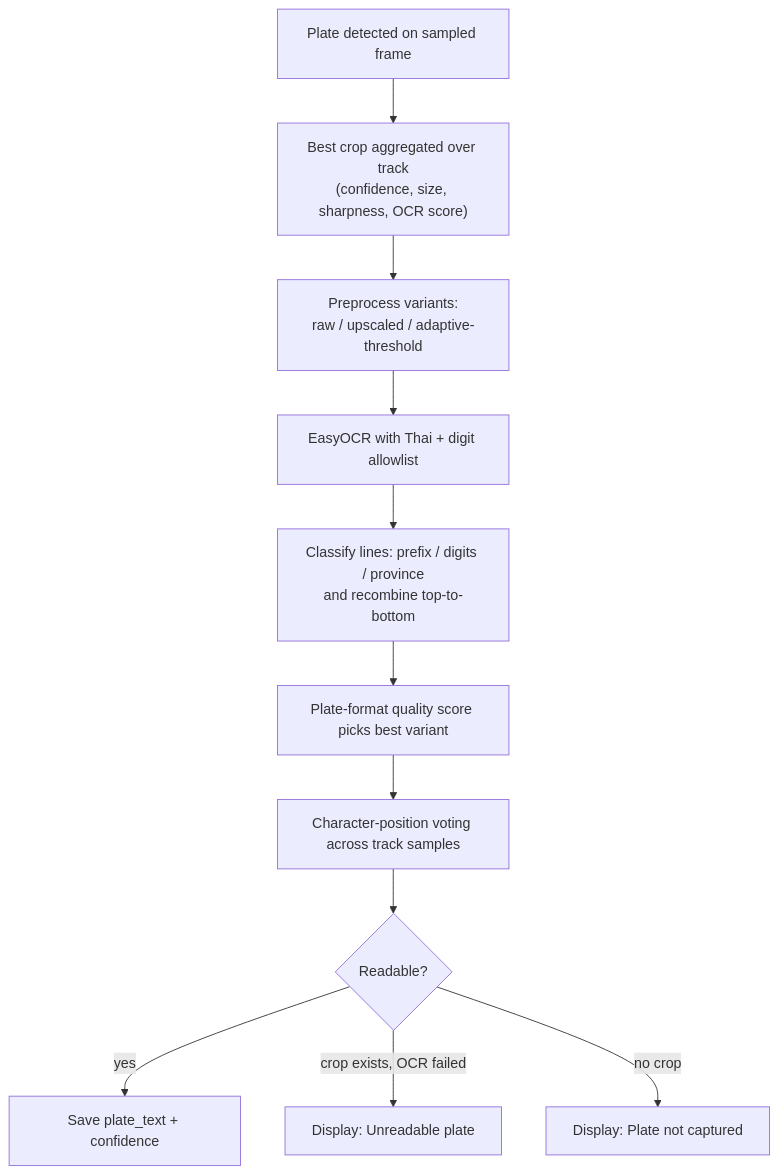
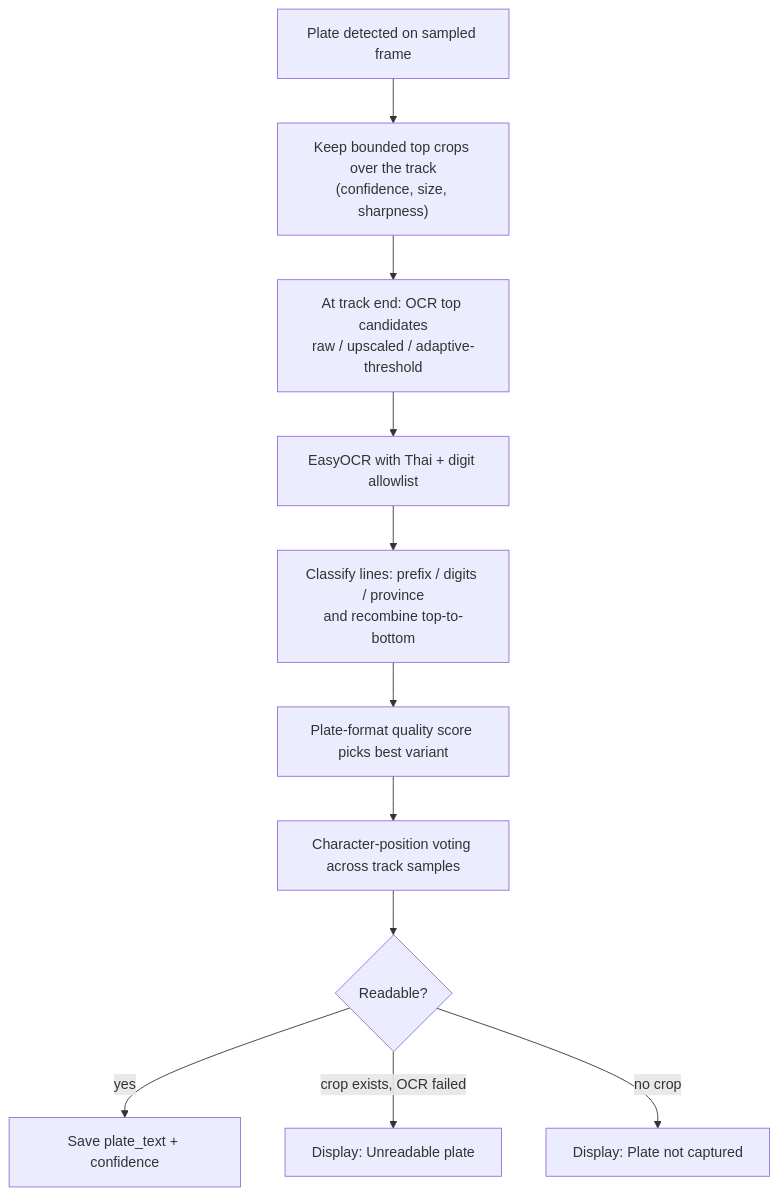
One commit to KhantNyi/SafeRide changed the ninth of 13 diagrams in docs/system-design.md. Above: the diagram before and after it, drawn with Mermaid. The commit also changed other lines of this file and 8 other files, not shown here.

Commit message:
Improve whole-track plate capture

````diff
--- a/docs/system-design.md
+++ b/docs/system-design.md
@@ -455,13 +456,13 @@
 ```mermaid
 flowchart TB
-    A["Plate detected on sampled frame"] --> B["Best crop aggregated over track<br/>(confidence, size, sharpness, OCR score)"]
-    B --> C["Preprocess variants:<br/>raw / upscaled / adaptive-threshold"]
+    A["Plate detected on sampled frame"] --> B["Keep bounded top crops over the track<br/>(confidence, size, sharpness)"]
+    B --> C["At track end: OCR top candidates<br/>raw / upscaled / adaptive-threshold"]
     C --> D["EasyOCR with Thai + digit allowlist"]
     D --> E["Classify lines: prefix / digits / province<br/>and recombine top-to-bottom"]
     E --> F["Plate-format quality score picks best variant"]
     F --> G["Character-position voting across track samples"]
     G --> H{"Readable?"}
     H -- yes --> I["Save plate_text + confidence"]
     H -- "crop exists, OCR failed" --> J["Display: Unreadable plate"]
     H -- "no crop" --> K["Display: Plate not captured"]
 ```
````
